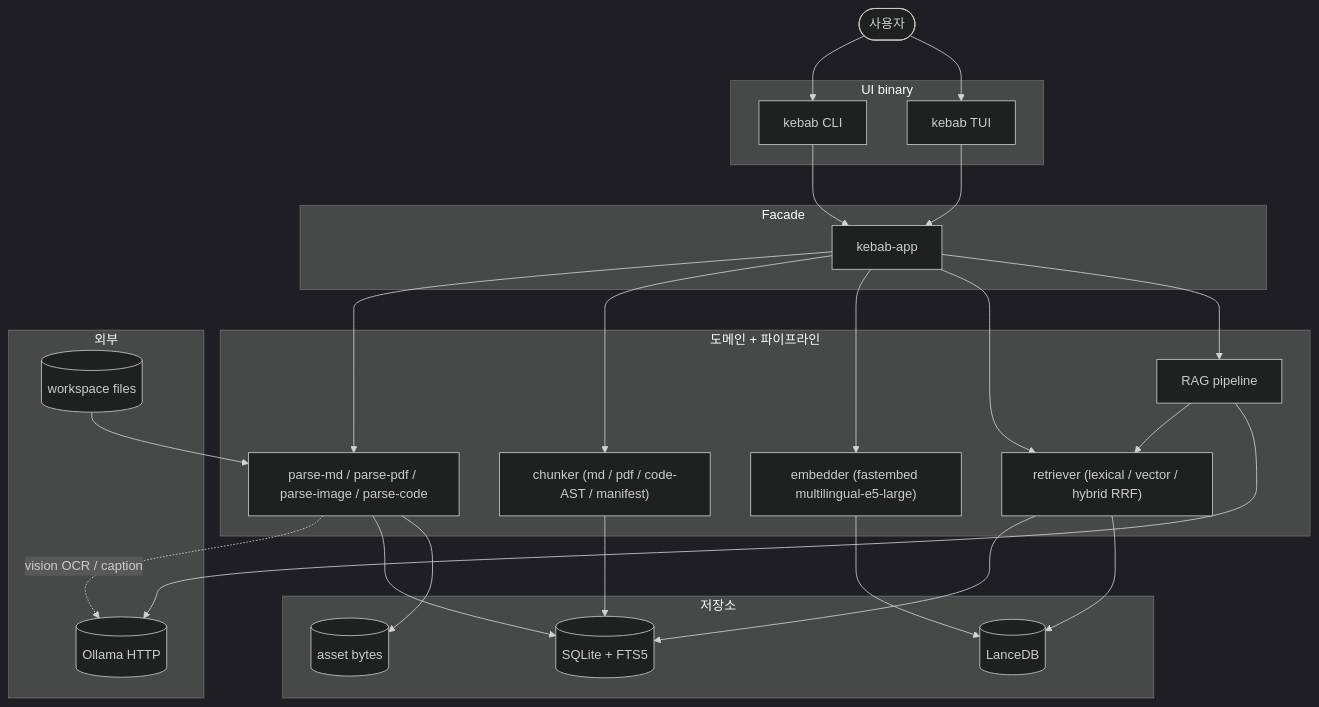
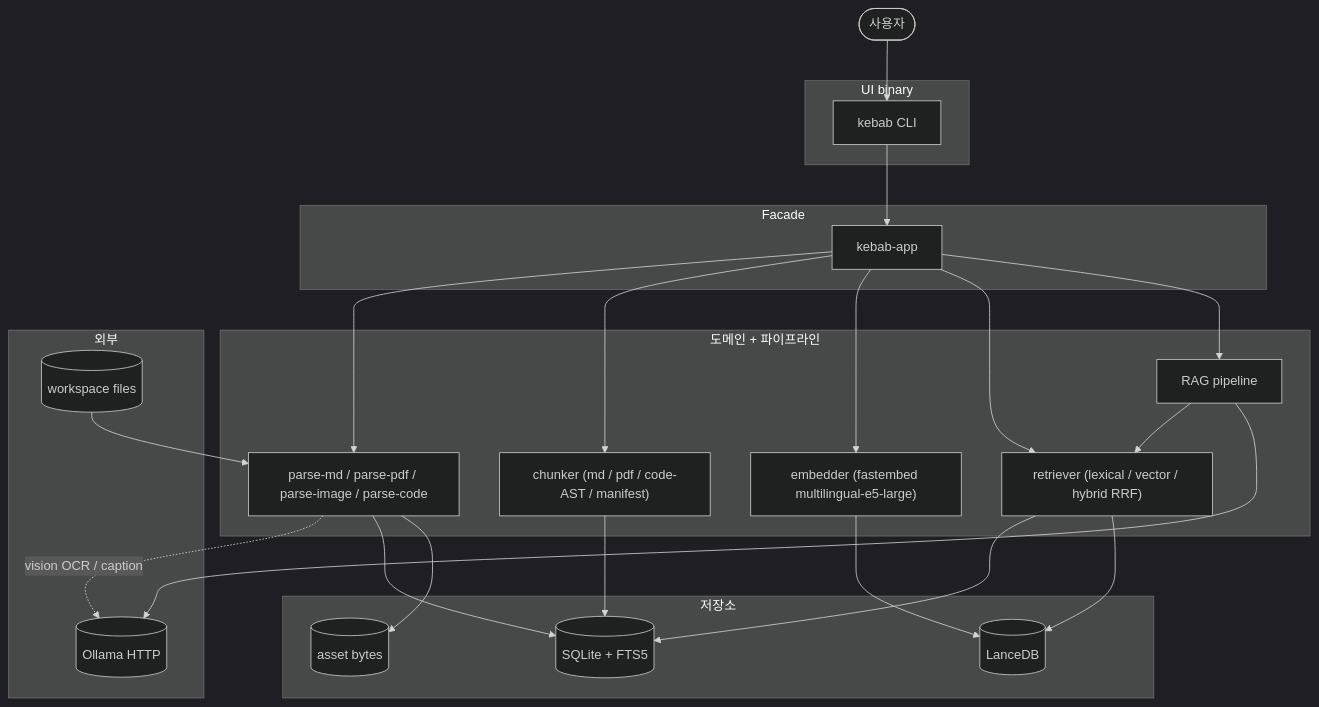
The diagram in README.md (altair823/kebab), drawn with Mermaid (dark theme) before and after one commit. The commit also changed other lines of this file and 32 other files, not shown here.

Commit message:
refactor: kebab-tui crate + tui 서브커맨드 제거 (UI=CLI/MCP)

````diff
--- a/README.md
+++ b/README.md
@@ -183,56 +178,53 @@
 ```mermaid
 flowchart TB
     user(["사용자"])
 
     subgraph UI["UI binary"]
         cli["kebab CLI"]
-        tui["kebab TUI"]
     end
 
     subgraph App["Facade"]
         app["kebab-app"]
     end
 
     subgraph Pipeline["도메인 + 파이프라인"]
         parse["parse-md / parse-pdf / parse-image / parse-code"]
         chunker["chunker (md / pdf / code-AST / manifest)"]
         embedder["embedder (fastembed multilingual-e5-large)"]
         retriever["retriever (lexical / vector / hybrid RRF)"]
         rag["RAG pipeline"]
     end
 
     subgraph Store["저장소"]
         sqlite[("SQLite + FTS5")]
         lance[("LanceDB")]
         assets[("asset bytes")]
     end
 
     subgraph External["외부"]
         fs[("workspace files")]
         ollama[("Ollama HTTP")]
     end
 
     user --> cli
-    user --> tui
     cli --> app
-    tui --> app
 
     app --> parse
     app --> chunker
     app --> embedder
     app --> retriever
     app --> rag
 
     fs --> parse
     parse -. vision OCR / caption .-> ollama
     parse --> sqlite
     parse --> assets
 
     chunker --> sqlite
     embedder --> lance
     retriever --> sqlite
     retriever --> lance
 
     rag --> retriever
     rag --> ollama
 ```
````
